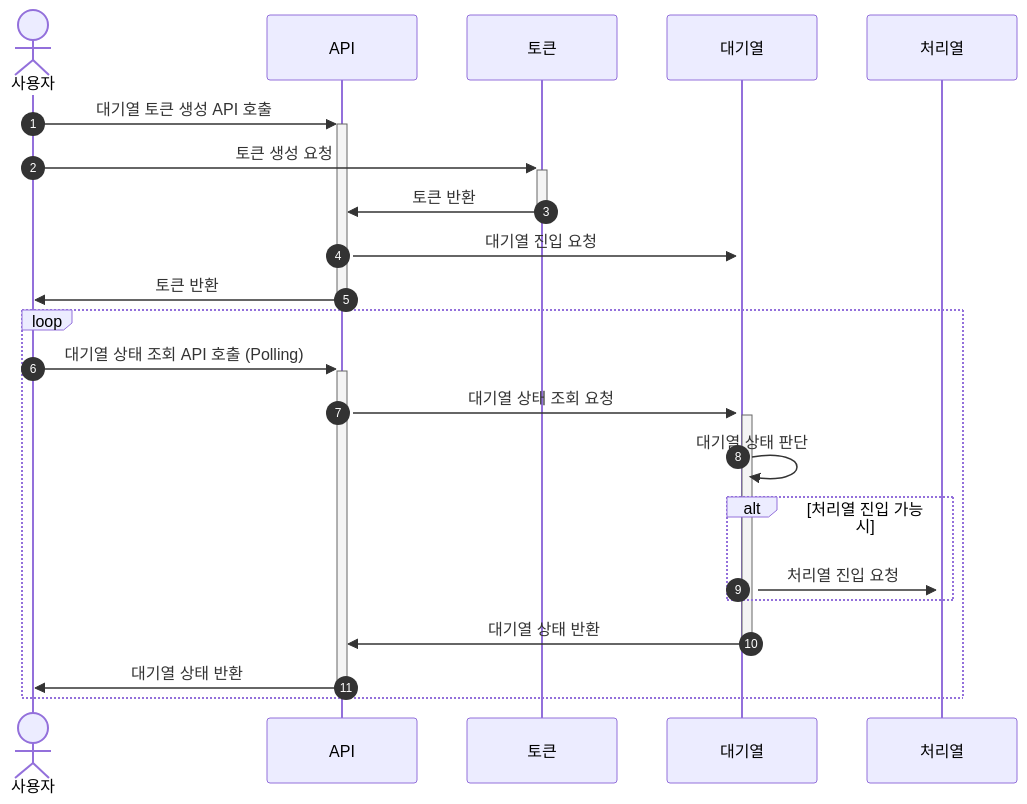
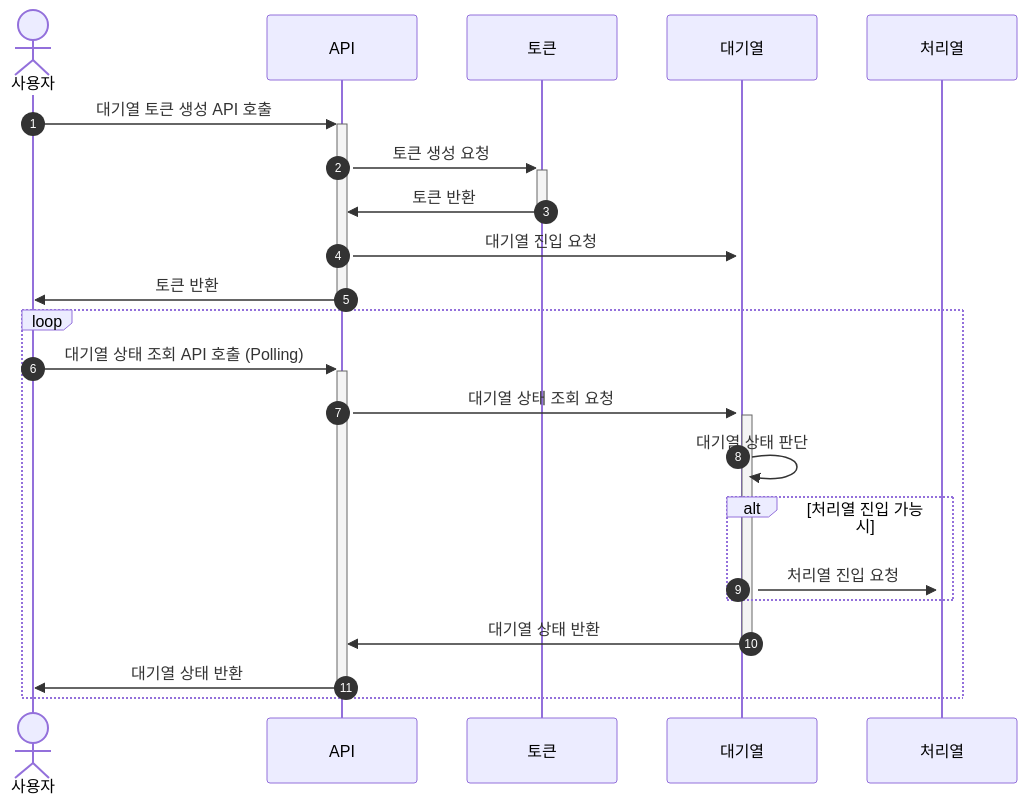
The first of 3 diagrams in docs/시퀀스_다이어그램.md (DevCHW/hhplus-concert), drawn with Mermaid before and after one commit. The commit also changed other lines of this file, not shown here.

Commit message:
docs: 시퀀스 다이어그램 mermaid 수정

````diff
--- a/docs/시퀀스_다이어그램.md
+++ b/docs/시퀀스_다이어그램.md
@@ -4,21 +4,21 @@
 ```mermaid
 sequenceDiagram
     autonumber
     actor 사용자
 
     사용자->>+API: 대기열 토큰 생성 API 호출
-    사용자->>+토큰: 토큰 생성 요청
+    API->>+토큰: 토큰 생성 요청
     토큰->>-API: 토큰 반환
     API->>+대기열: 대기열 진입 요청 
     API->>-사용자: 토큰 반환
     loop
     사용자->>+API: 대기열 상태 조회 API 호출 (Polling)
     API->>+대기열: 대기열 상태 조회 요청
     대기열->>대기열: 대기열 상태 판단
     alt 처리열 진입 가능 시
         대기열->>+처리열: 처리열 진입 요청
     end
     대기열->>-API: 대기열 상태 반환
     API->>-사용자: 대기열 상태 반환
     end
 ```
````
